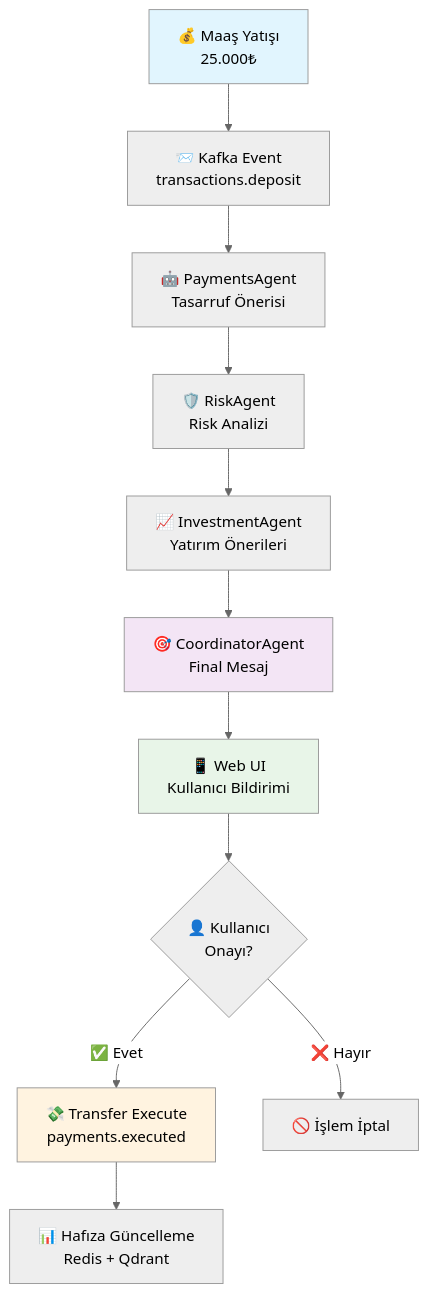
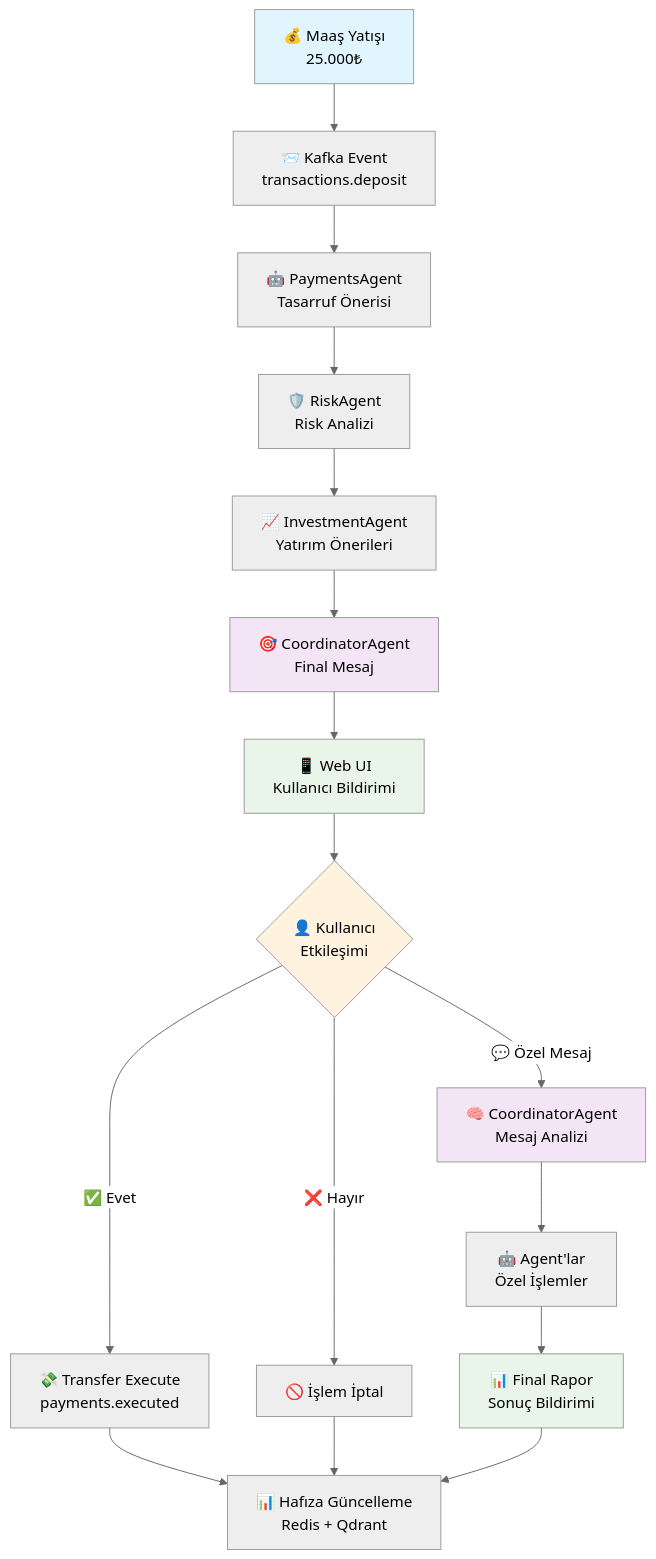
Before and after one commit to epazar20/financial-agentic-ai: the first of 4 diagrams in README.md, drawn with Mermaid (neutral theme). The commit also changed other lines of this file and 1 other file, not shown here.

Commit message:
feat: Kullanıcı etkileşim senaryoları ve onay süreçleri güncellendi

````diff
--- a/README.md
+++ b/README.md
@@ -34,18 +34,25 @@
 ```mermaid
 graph TD
     A[💰 Maaş Yatışı<br/>25.000₺] --> B[📨 Kafka Event<br/>transactions.deposit]
     B --> C[🤖 PaymentsAgent<br/>Tasarruf Önerisi]
     C --> D[🛡️ RiskAgent<br/>Risk Analizi]
     D --> E[📈 InvestmentAgent<br/>Yatırım Önerileri]
     E --> F[🎯 CoordinatorAgent<br/>Final Mesaj]
     F --> G[📱 Web UI<br/>Kullanıcı Bildirimi]
-    G --> H{👤 Kullanıcı<br/>Onayı?}
+    G --> H{👤 Kullanıcı<br/>Etkileşimi}
     H -->|✅ Evet| I[💸 Transfer Execute<br/>payments.executed]
     H -->|❌ Hayır| J[🚫 İşlem İptal]
-    I --> K[📊 Hafıza Güncelleme<br/>Redis + Qdrant]
+    H -->|💬 Özel Mesaj| K[🧠 CoordinatorAgent<br/>Mesaj Analizi]
+    K --> L[🤖 Agent'lar<br/>Özel İşlemler]
+    L --> M[📊 Final Rapor<br/>Sonuç Bildirimi]
+    I --> N[📊 Hafıza Güncelleme<br/>Redis + Qdrant]
+    J --> N
+    M --> N
     
     style A fill:#e1f5fe
     style F fill:#f3e5f5
     style G fill:#e8f5e8
-    style I fill:#fff3e0
+    style H fill:#fff3e0
+    style K fill:#f3e5f5
+    style M fill:#e8f5e8
 ```
````
